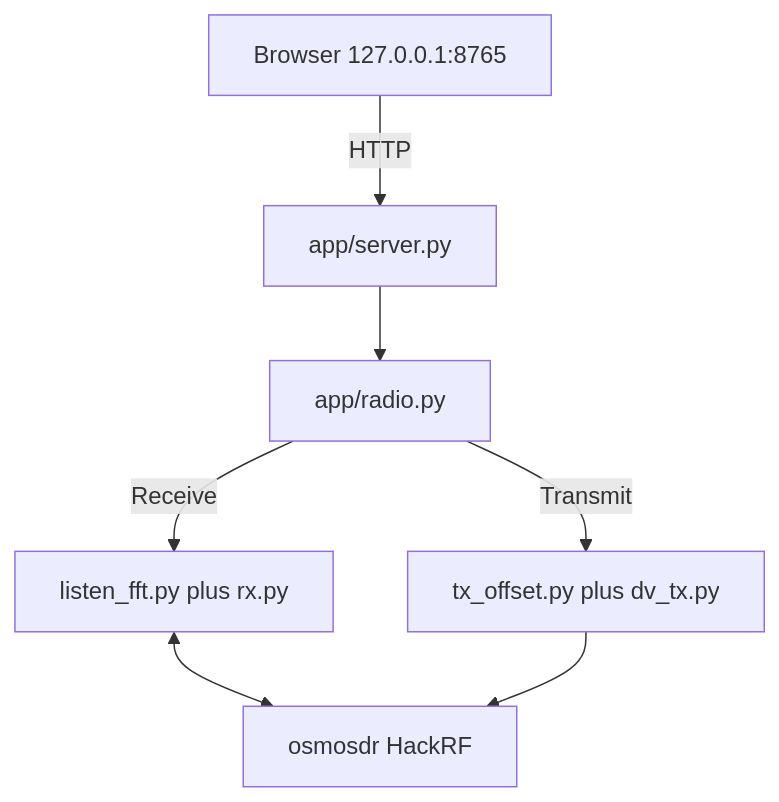
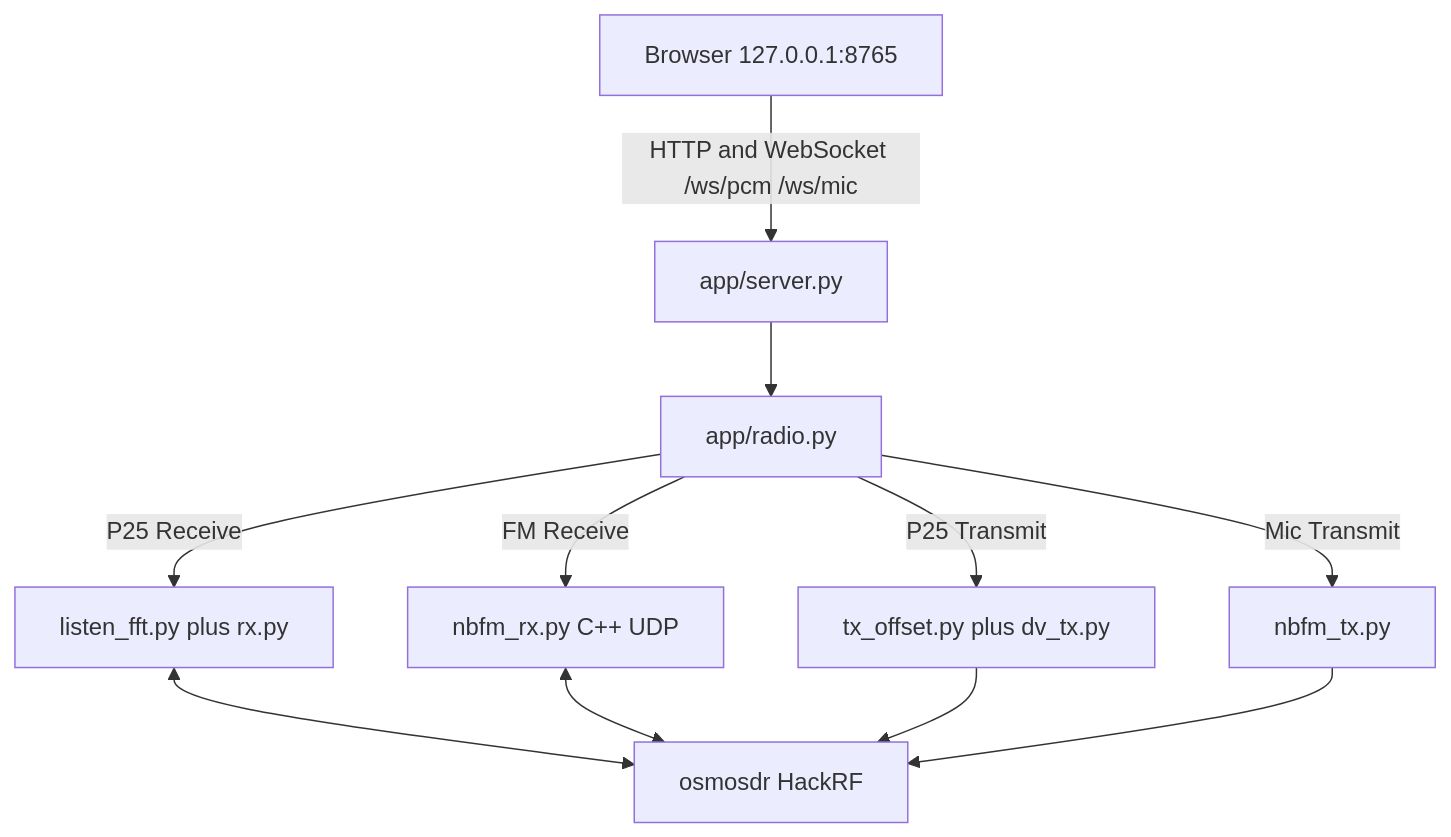
The first of 7 diagrams in GNU-RADIO.md (tmdrake/jim-p25), drawn with Mermaid before and after one commit. The commit also changed other lines of this file and 9 other files, not shown here.

First line of the commit message:
Route FM receive through C++ UDP, not ALSA or Python taps.

````diff
--- a/GNU-RADIO.md
+++ b/GNU-RADIO.md
@@ -5,12 +5,16 @@
 ```mermaid
 flowchart TB
     page[Browser 127.0.0.1:8765]
     server[app/server.py]
     radio[app/radio.py]
-    page -->|HTTP| server
+    page -->|HTTP and WebSocket /ws/pcm /ws/mic| server
     server --> radio
-    radio -->|Receive| rx[listen_fft.py plus rx.py]
-    radio -->|Transmit| tx[tx_offset.py plus dv_tx.py]
+    radio -->|P25 Receive| rx[listen_fft.py plus rx.py]
+    radio -->|FM Receive| nbfm[nbfm_rx.py C++ UDP]
+    radio -->|P25 Transmit| tx[tx_offset.py plus dv_tx.py]
+    radio -->|Mic Transmit| ntx[nbfm_tx.py]
     rx <--> hackrf[osmosdr HackRF]
+    nbfm <--> hackrf
     tx --> hackrf
+    ntx --> hackrf
 ```
````
